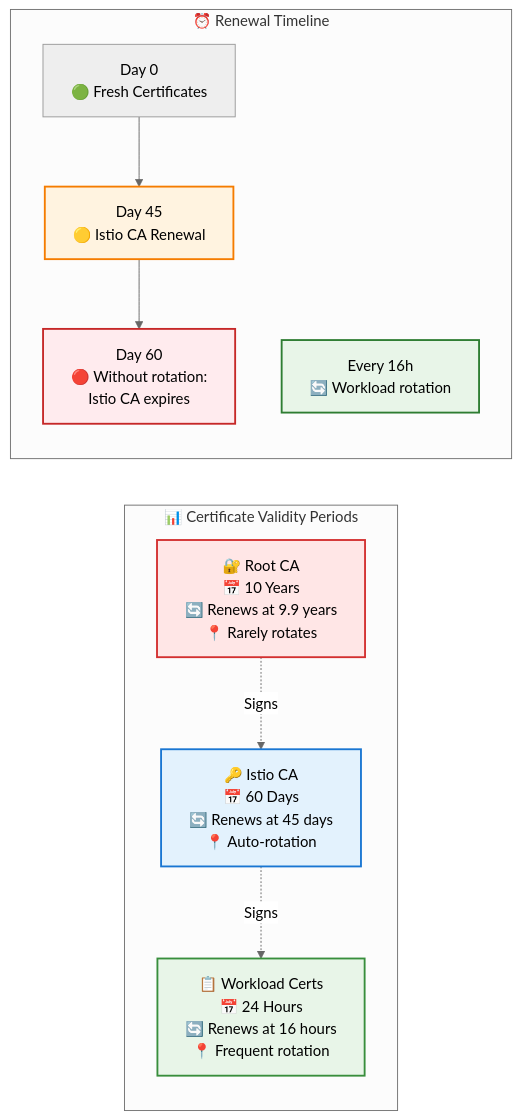
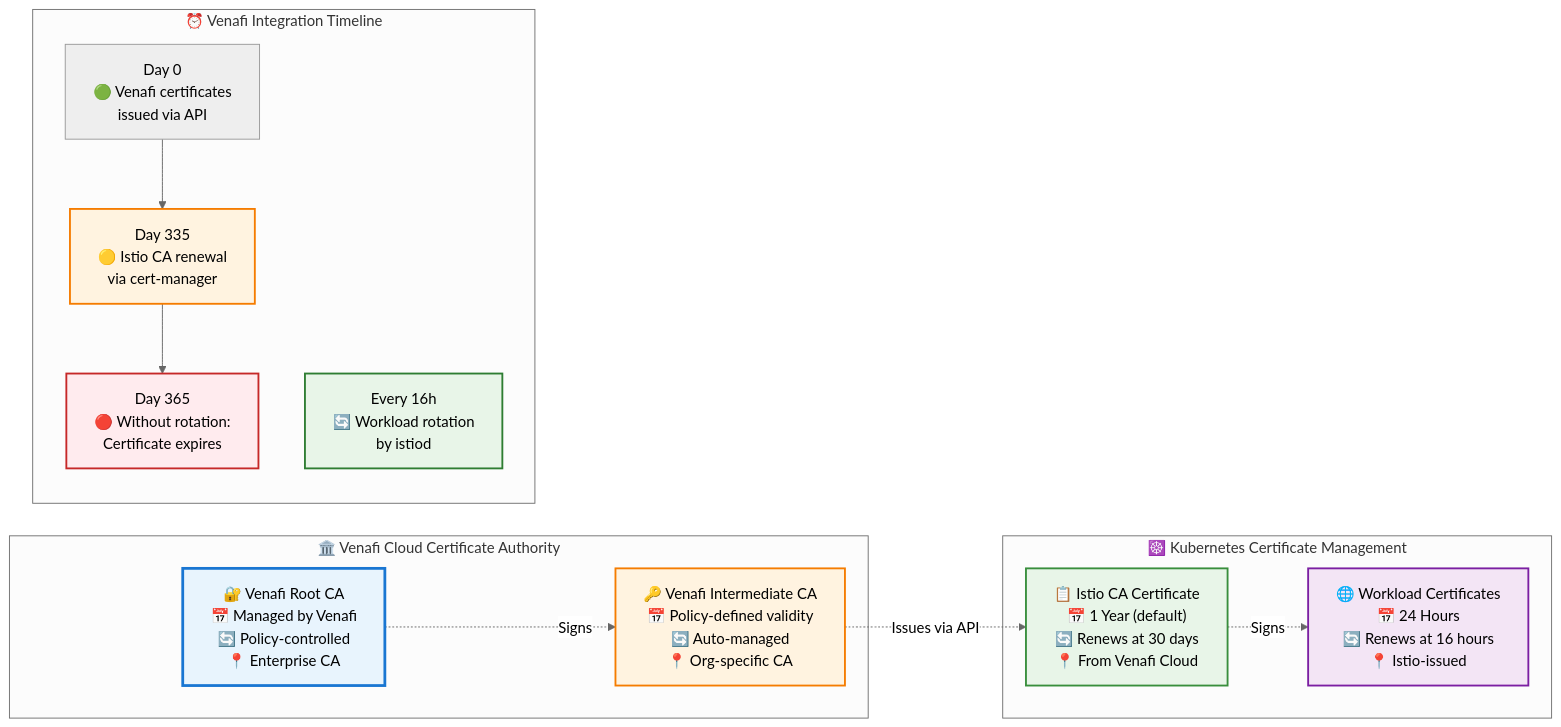
Before and after one commit to tetratelabs/venafi-demo: the diagram in CERTIFICATE-REFERENCE.md, drawn with Mermaid (neutral theme). The commit also changed other lines of this file and 3 other files, not shown here.

First line of the commit message:
Update Venafi integration and remove legacy scripts

````diff
--- a/CERTIFICATE-REFERENCE.md
+++ b/CERTIFICATE-REFERENCE.md
@@ -5,27 +5,33 @@
 ```mermaid
 graph LR
-    subgraph "📊 Certificate Validity Periods"
-        A["🔐 Root CA<br/>📅 10 Years<br/>🔄 Renews at 9.9 years<br/>📍 Rarely rotates"]
-        B["🔑 Istio CA<br/>📅 60 Days<br/>🔄 Renews at 45 days<br/>📍 Auto-rotation"]
-        C["📋 Workload Certs<br/>📅 24 Hours<br/>🔄 Renews at 16 hours<br/>📍 Frequent rotation"]
+    subgraph "🏛️ Venafi Cloud Certificate Authority"
+        A["🔐 Venafi Root CA<br/>📅 Managed by Venafi<br/>🔄 Policy-controlled<br/>📍 Enterprise CA"]
+        B["🔑 Venafi Intermediate CA<br/>📅 Policy-defined validity<br/>🔄 Auto-managed<br/>📍 Org-specific CA"]
     end
     
-    subgraph "⏰ Renewal Timeline"
-        D["Day 0<br/>🟢 Fresh Certificates"]
-        E["Day 45<br/>🟡 Istio CA Renewal"]
-        F["Day 60<br/>🔴 Without rotation:<br/>Istio CA expires"]
-        G["Every 16h<br/>🔄 Workload rotation"]
+    subgraph "☸️ Kubernetes Certificate Management"
+        C["📋 Istio CA Certificate<br/>📅 1 Year (default)<br/>🔄 Renews at 30 days<br/>📍 From Venafi Cloud"]
+        D["🌐 Workload Certificates<br/>📅 24 Hours<br/>🔄 Renews at 16 hours<br/>📍 Istio-issued"]
+    end
+    
+    subgraph "⏰ Venafi Integration Timeline"
+        E["Day 0<br/>🟢 Venafi certificates<br/>issued via API"]
+        F["Day 335<br/>🟡 Istio CA renewal<br/>via cert-manager"]
+        G["Day 365<br/>🔴 Without rotation:<br/>Certificate expires"]
+        H["Every 16h<br/>🔄 Workload rotation<br/>by istiod"]
     end
     
     A -.->|"Signs"| B
-    B -.->|"Signs"| C
-    D --> E
+    B -.->|"Issues via API"| C
+    C -.->|"Signs"| D
     E --> F
+    F --> G
     
-    style A fill:#ffe6e6,stroke:#d32f2f,stroke-width:2px
-    style B fill:#e3f2fd,stroke:#1976d2,stroke-width:2px
+    style A fill:#e8f4fd,stroke:#1976d2,stroke-width:3px
+    style B fill:#fff3e0,stroke:#f57c00,stroke-width:2px
     style C fill:#e8f5e8,stroke:#388e3c,stroke-width:2px
-    style E fill:#fff3e0,stroke:#f57c00,stroke-width:2px
-    style F fill:#ffebee,stroke:#c62828,stroke-width:2px
-    style G fill:#e8f5e8,stroke:#2e7d32,stroke-width:2px
+    style D fill:#f3e5f5,stroke:#7b1fa2,stroke-width:2px
+    style F fill:#fff3e0,stroke:#f57c00,stroke-width:2px
+    style G fill:#ffebee,stroke:#c62828,stroke-width:2px
+    style H fill:#e8f5e8,stroke:#2e7d32,stroke-width:2px
 ```
````
